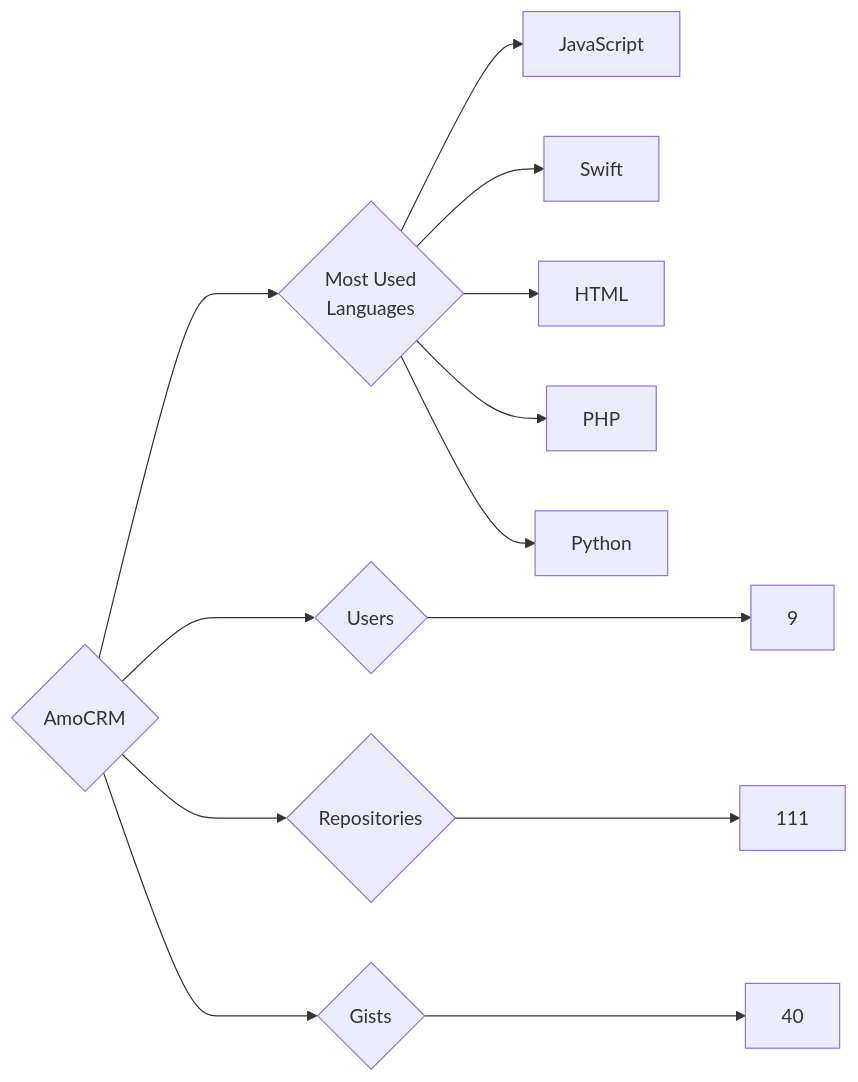
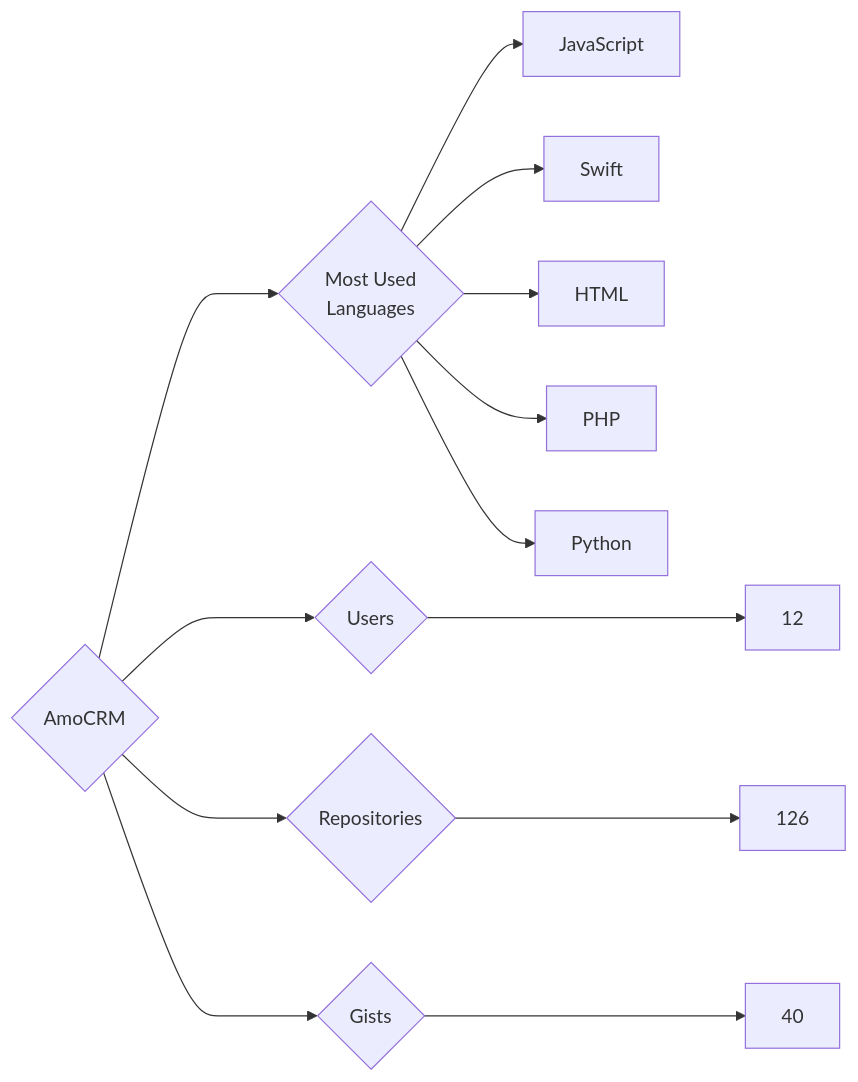
The diagram in targets/AmoCRM/README.md (trickest/insiders), drawn with Mermaid before and after one commit. The commit also changed 916 other files, not shown here.

````diff
--- a/targets/AmoCRM/README.md
+++ b/targets/AmoCRM/README.md
@@ -3,13 +3,13 @@
 ```mermaid
 graph LR
 COMPANY_NAME{AmoCRM}
-COMPANY_NAME ---> U{Users} ---> UN[9]
-COMPANY_NAME ---> R{Repositories} ---> RN[111]
+COMPANY_NAME ---> U{Users} ---> UN[12]
+COMPANY_NAME ---> R{Repositories} ---> RN[126]
 COMPANY_NAME ---> G{Gists} ---> GN[40]
 COMPANY_NAME ---> ML{Most Used<br>Languages}
 ML --> JavaScript[JavaScript]
 ML --> Swift[Swift]
 ML --> HTML[HTML]
 ML --> PHP[PHP]
 ML --> Python[Python]
 ```
````
